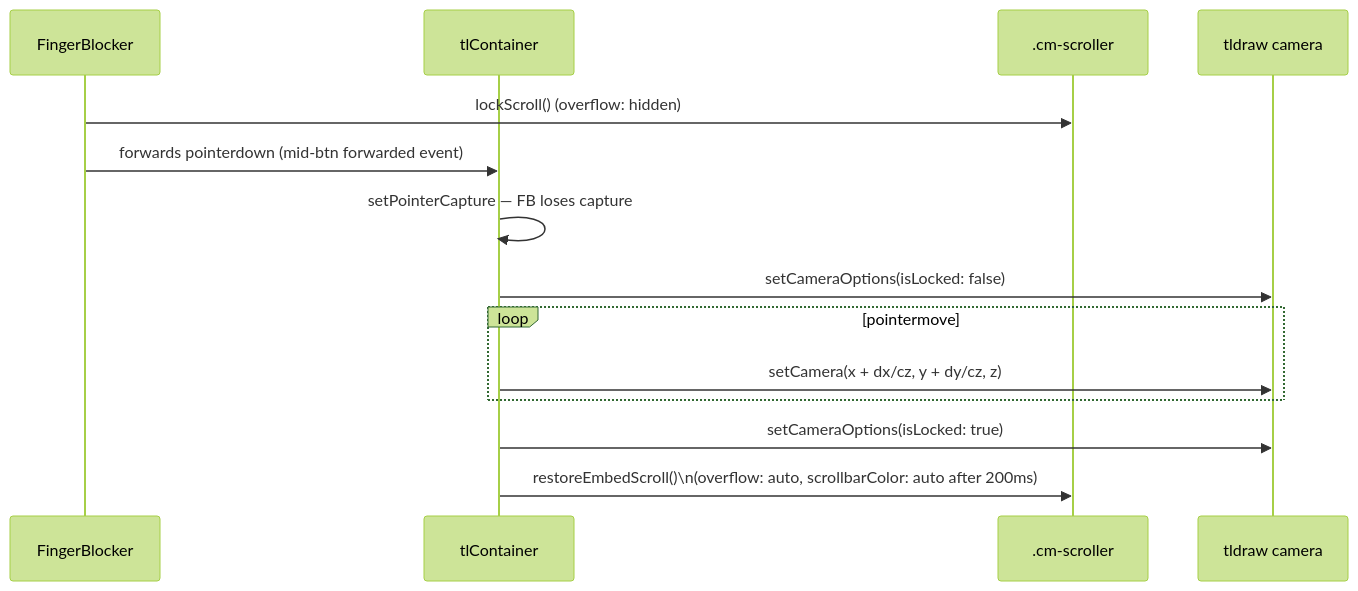
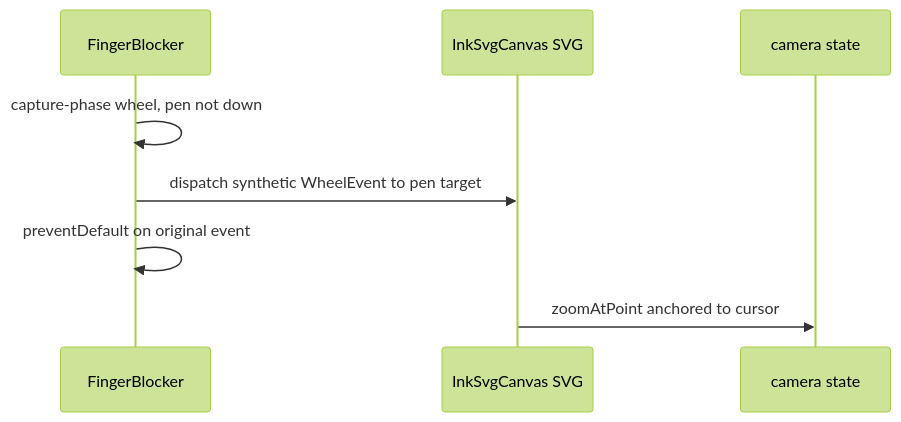
The third of 4 diagrams in docs/pan-zoom.md (daledesilva/obsidian_ink), drawn with Mermaid (forest theme) before and after one commit. The commit also changed other lines of this file and 5 other files, not shown here.

````diff
--- a/docs/pan-zoom.md
+++ b/docs/pan-zoom.md
@@ -94,17 +111,11 @@
 ```mermaid
 sequenceDiagram
     participant FB as FingerBlocker
-    participant TL as tlContainer
-    participant CMS as .cm-scroller
-    participant Cam as tldraw camera
+    participant SVG as InkSvgCanvas SVG
+    participant Cam as camera state
 
-    FB->>CMS: lockScroll() (overflow: hidden)
-    FB->>TL: forwards pointerdown (mid-btn forwarded event)
-    TL->>TL: setPointerCapture — FB loses capture
-    TL->>Cam: setCameraOptions(isLocked: false)
-    loop pointermove
-        TL->>Cam: setCamera(x + dx/cz, y + dy/cz, z)
-    end
-    TL->>Cam: setCameraOptions(isLocked: true)
-    TL->>CMS: restoreEmbedScroll()\n(overflow: auto, scrollbarColor: auto after 200ms)
+    FB->>FB: capture-phase wheel, pen not down
+    FB->>SVG: dispatch synthetic WheelEvent to pen target
+    FB->>FB: preventDefault on original event
+    SVG->>Cam: zoomAtPoint anchored to cursor
 ```
````
